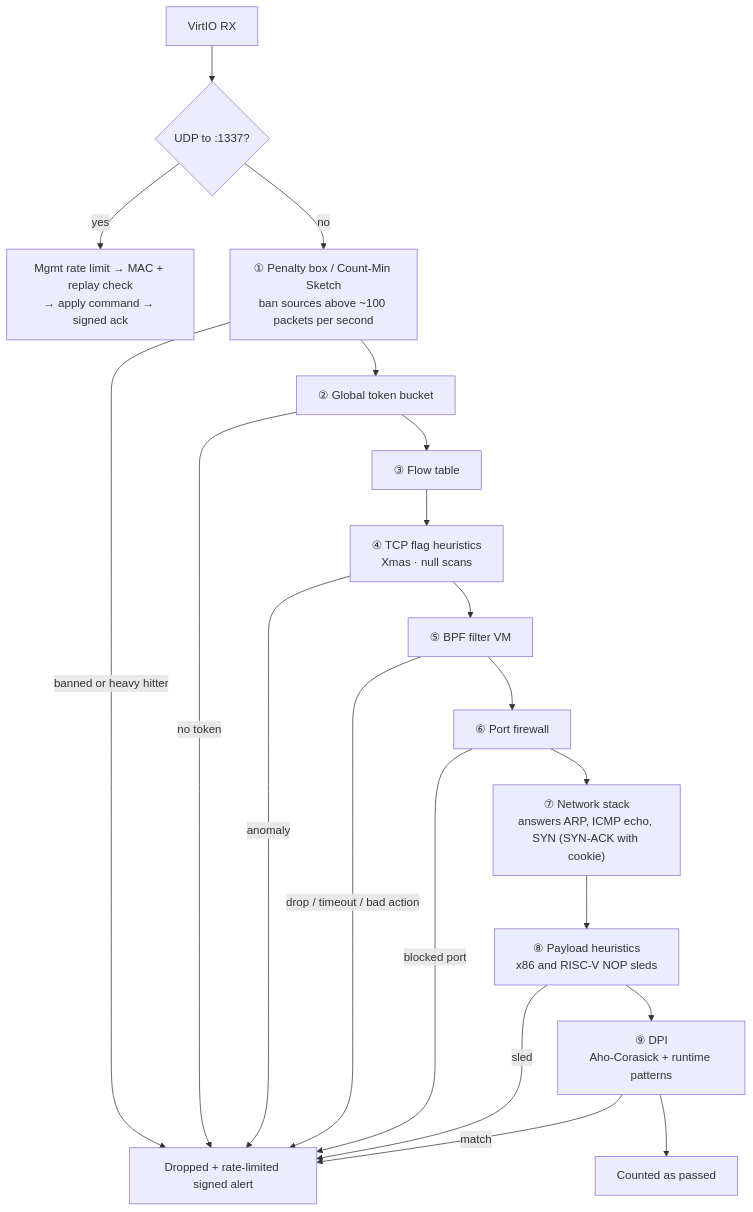
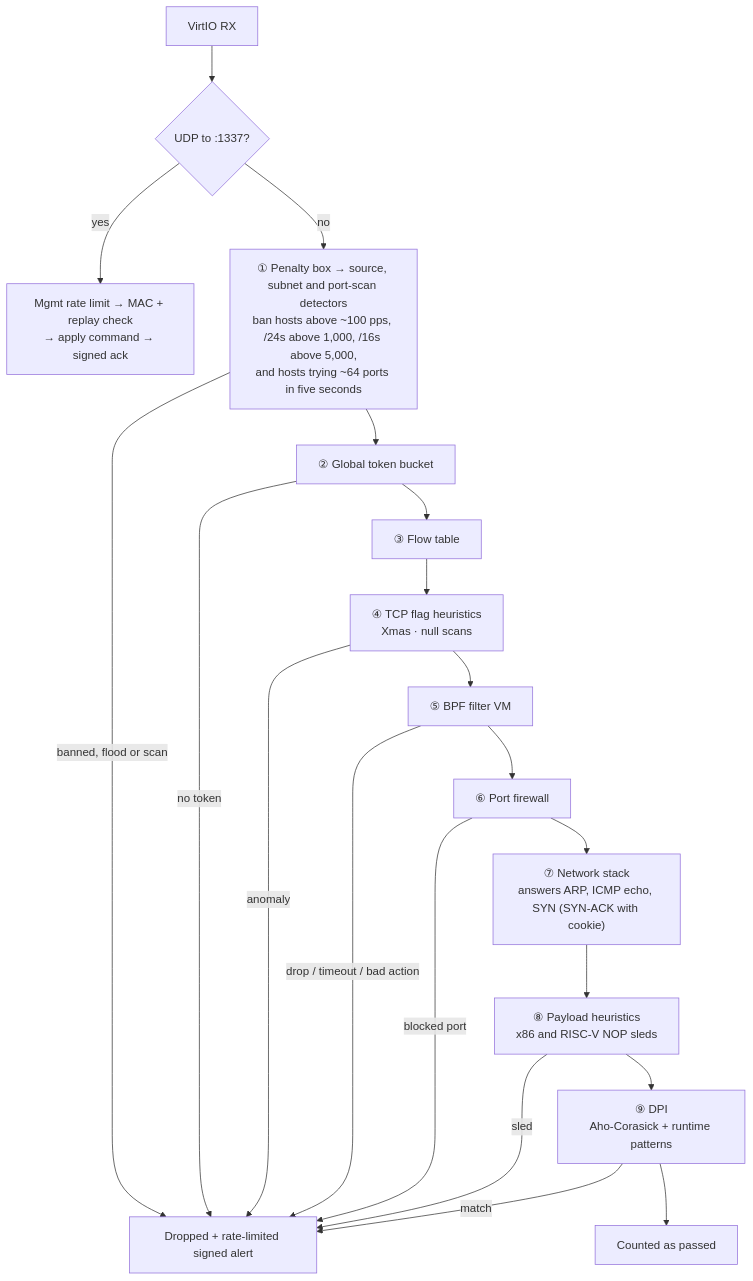
Before and after one commit to willmccallion/riscv-security-unikernel: the second of 2 diagrams in README.md, drawn with Mermaid. The commit also changed other lines of this file, not shown here.

First line of the commit message:
Document the subnet, spoofed-flood and port-scan detectors

````diff
--- a/README.md
+++ b/README.md
@@ -47,35 +50,35 @@
 ```mermaid
 flowchart TD
     RX["VirtIO RX"]
     MG{"UDP to :1337?"}
     ML["Mgmt rate limit → MAC + replay check<br/>→ apply command → signed ack"]
-    PB["① Penalty box / Count-Min Sketch<br/>ban sources above ~100 packets per second"]
+    PB["① Penalty box → source, subnet and port-scan detectors<br/>ban hosts above ~100 pps, /24s above 1,000, /16s above 5,000,<br/>and hosts trying ~64 ports in five seconds"]
     TB["② Global token bucket"]
     FT["③ Flow table"]
     TF["④ TCP flag heuristics<br/>Xmas · null scans"]
     BPF["⑤ BPF filter VM"]
     FW["⑥ Port firewall"]
     ST["⑦ Network stack<br/>answers ARP, ICMP echo, SYN (SYN-ACK with cookie)"]
     HP["⑧ Payload heuristics<br/>x86 and RISC-V NOP sleds"]
     DPI["⑨ DPI<br/>Aho-Corasick + runtime patterns"]
     PASS["Counted as passed"]
     DROP["Dropped + rate-limited signed alert"]
 
     RX --> MG
     MG -->|yes| ML
     MG -->|no| PB
-    PB -->|banned or heavy hitter| DROP
+    PB -->|banned, flood or scan| DROP
     PB --> TB
     TB -->|no token| DROP
     TB --> FT --> TF
     TF -->|anomaly| DROP
     TF --> BPF
     BPF -->|drop / timeout / bad action| DROP
     BPF --> FW
     FW -->|blocked port| DROP
     FW --> ST --> HP
     HP -->|sled| DROP
     HP --> DPI
     DPI -->|match| DROP
     DPI --> PASS
 ```
````
